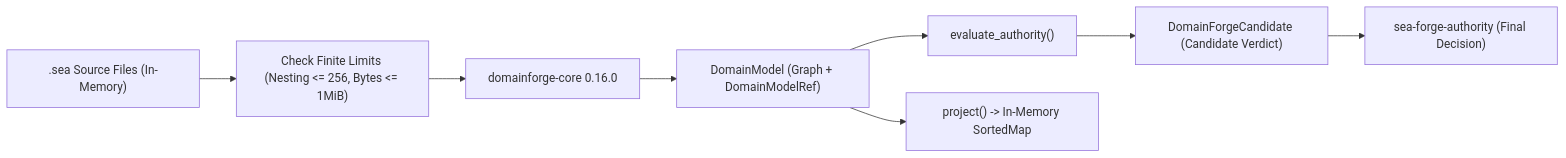
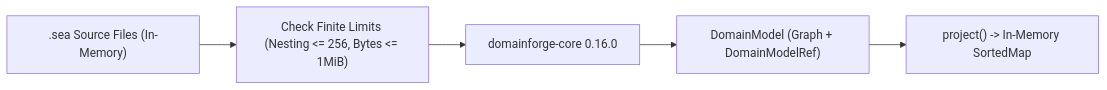
Before and after one commit to GodSpeedAI/SEA-Forge: the diagram in docs/subsystems/domainforge-boundary.md, drawn with Mermaid. The commit also changed other lines of this file and 47 other files, not shown here.

````diff
--- a/docs/subsystems/domainforge-boundary.md
+++ b/docs/subsystems/domainforge-boundary.md
@@ -34,10 +34,7 @@
 ```mermaid
 flowchart LR
     SOURCES[".sea Source Files (In-Memory)"] --> LIMITS["Check Finite Limits (Nesting <= 256, Bytes <= 1MiB)"]
     LIMITS --> DF["domainforge-core 0.16.0"]
     DF --> GRAPH["DomainModel (Graph + DomainModelRef)"]
-    GRAPH --> EVAL["evaluate_authority()"]
-    EVAL --> CANDIDATE["DomainForgeCandidate (Candidate Verdict)"]
-    CANDIDATE --> AUTH["sea-forge-authority (Final Decision)"]
     GRAPH --> PROJ["project() -> In-Memory SortedMap"]
 ```
````
